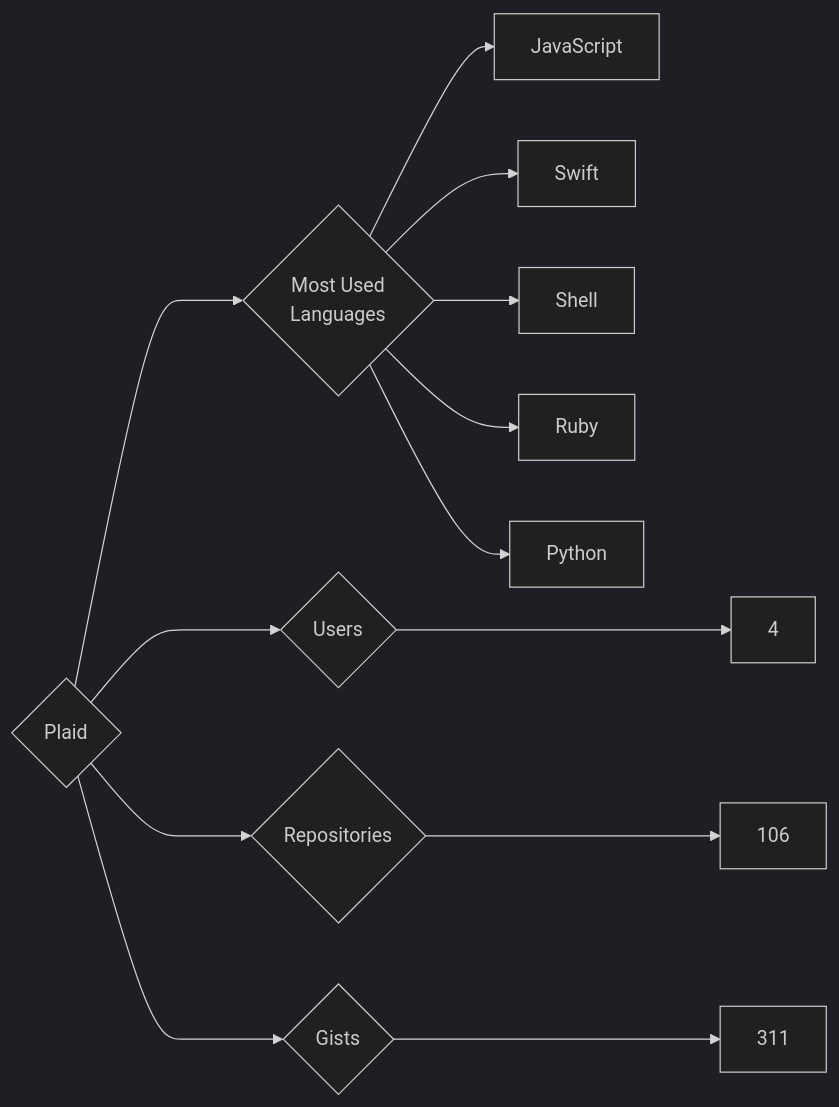
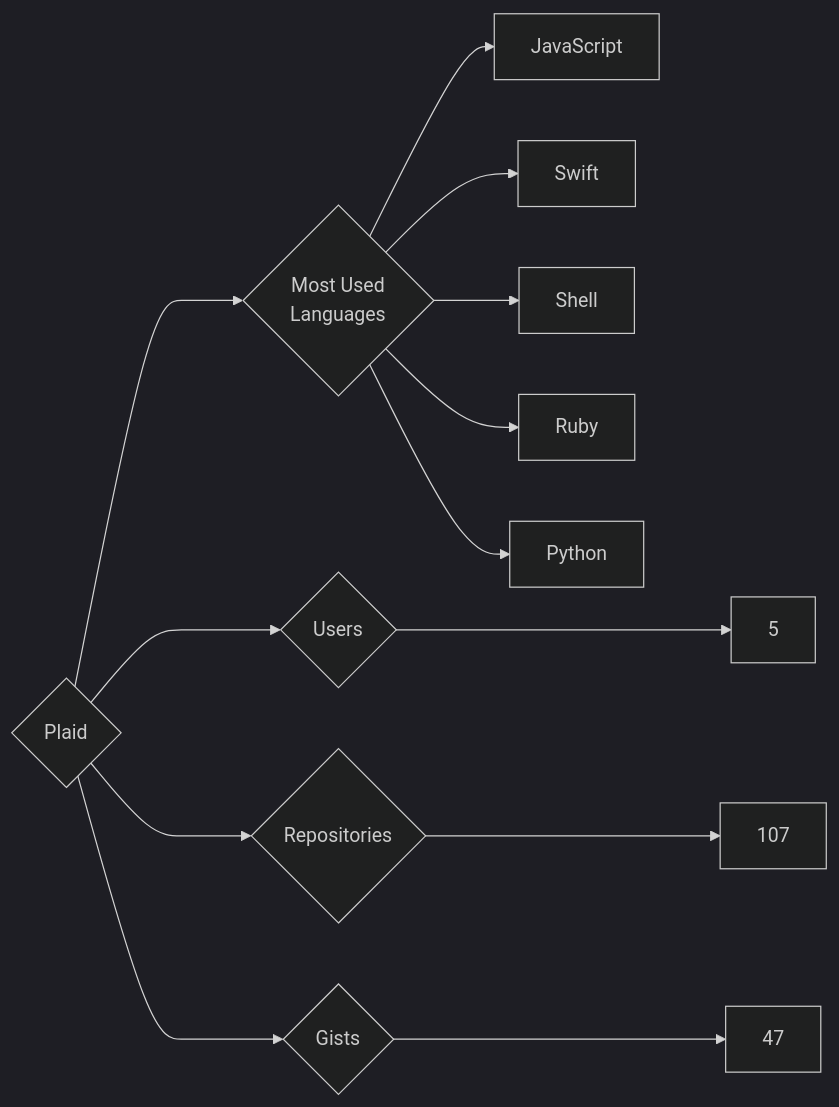
One commit to trickest/insiders changed the diagram in targets/Plaid/README.md. Above: the diagram before and after it, drawn with Mermaid (dark theme). The commit also changed 765 other files, not shown here.

````diff
--- a/targets/Plaid/README.md
+++ b/targets/Plaid/README.md
@@ -3,13 +3,13 @@
 ```mermaid
 graph LR
 COMPANY_NAME{Plaid}
-COMPANY_NAME ---> U{Users} ---> UN[4]
-COMPANY_NAME ---> R{Repositories} ---> RN[106]
-COMPANY_NAME ---> G{Gists} ---> GN[311]
+COMPANY_NAME ---> U{Users} ---> UN[5]
+COMPANY_NAME ---> R{Repositories} ---> RN[107]
+COMPANY_NAME ---> G{Gists} ---> GN[47]
 COMPANY_NAME ---> ML{Most Used<br>Languages}
 ML --> JavaScript[JavaScript]
 ML --> Swift[Swift]
 ML --> Shell[Shell]
 ML --> Ruby[Ruby]
 ML --> Python[Python]
 ```
````
